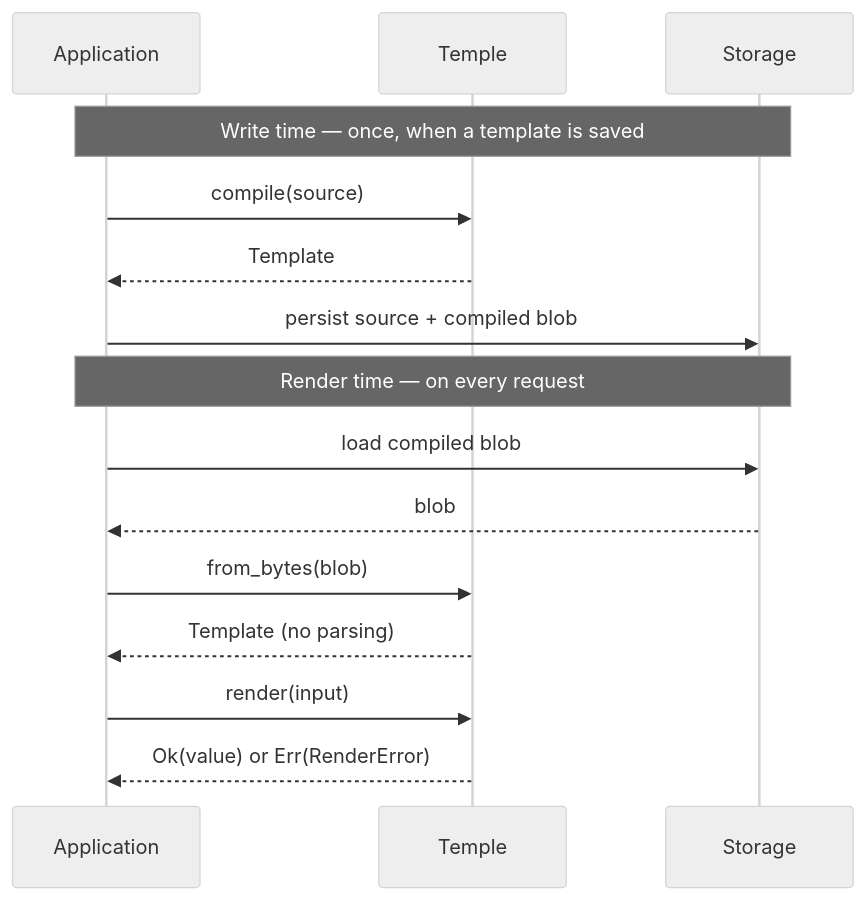
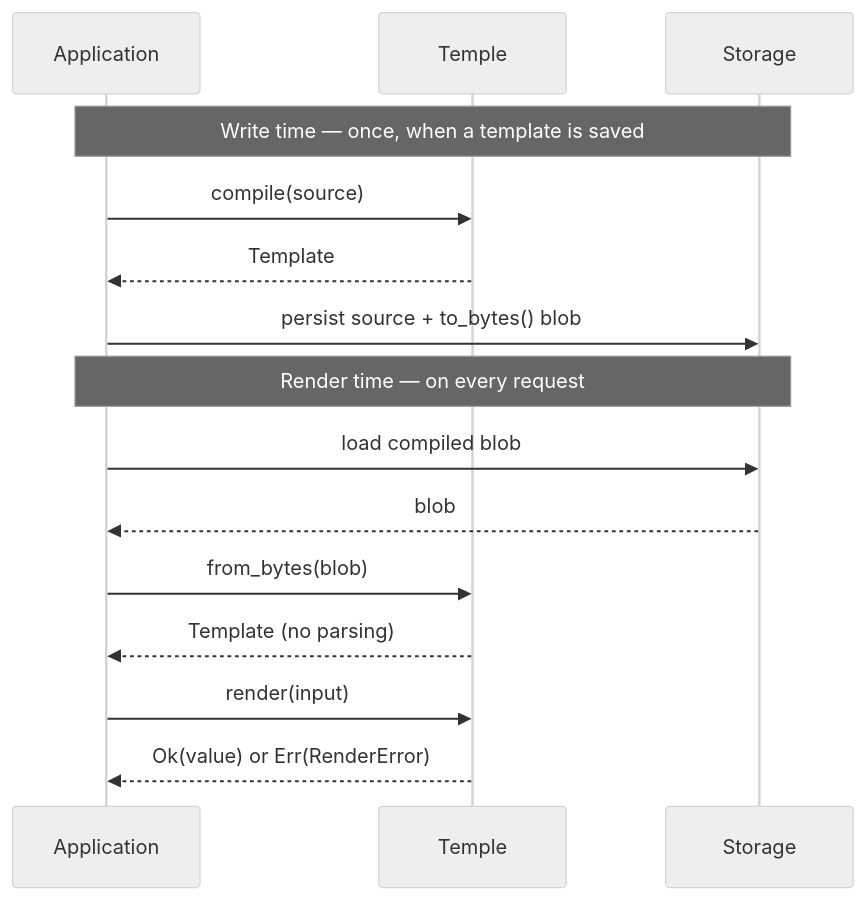
The diagram in README.md (sinha-sahil/temple-dsl), drawn with Mermaid (neutral theme) before and after one commit. The commit also changed other lines of this file and 29 other files, not shown here.

````diff
--- a/README.md
+++ b/README.md
@@ -139,19 +163,19 @@
 ```mermaid
 sequenceDiagram
     participant App as Application
     participant Temple
     participant Store as Storage
 
     Note over App,Store: Write time — once, when a template is saved
     App->>Temple: compile(source)
     Temple-->>App: Template
-    App->>Store: persist source + compiled blob
+    App->>Store: persist source + to_bytes() blob
 
     Note over App,Store: Render time — on every request
     App->>Store: load compiled blob
     Store-->>App: blob
     App->>Temple: from_bytes(blob)
     Temple-->>App: Template (no parsing)
     App->>Temple: render(input)
     Temple-->>App: Ok(value) or Err(RenderError)
 ```
````
